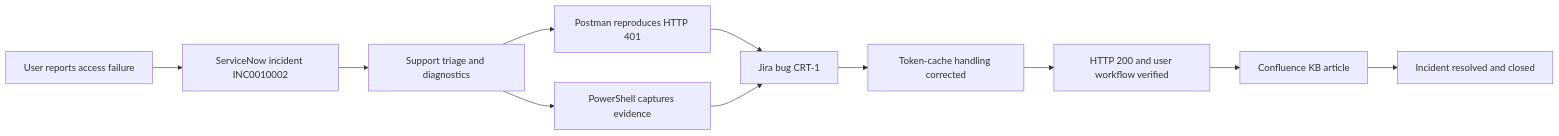
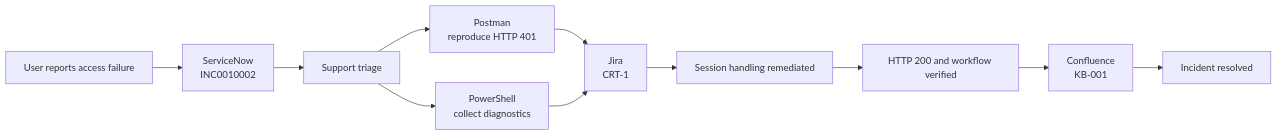
Before and after one commit to ShivamP63/enterprise-it-operations-simulation: the diagram in README.md, drawn with Mermaid. The commit also changed other lines of this file and 7 other files, not shown here.

````diff
--- a/README.md
+++ b/README.md
@@ -13,13 +38,13 @@
 ```mermaid
 flowchart LR
-    U[User reports access failure] --> S[ServiceNow incident INC0010002]
-    S --> D[Support triage and diagnostics]
-    D --> P[Postman reproduces HTTP 401]
-    D --> PS[PowerShell captures evidence]
-    P --> J[Jira bug CRT-1]
+    U[User reports access failure] --> S[ServiceNow<br/>INC0010002]
+    S --> T[Support triage]
+    T --> P[Postman<br/>reproduce HTTP 401]
+    T --> PS[PowerShell<br/>collect diagnostics]
+    P --> J[Jira<br/>CRT-1]
     PS --> J
-    J --> F[Token-cache handling corrected]
-    F --> V[HTTP 200 and user workflow verified]
-    V --> K[Confluence KB article]
-    K --> C[Incident resolved and closed]
+    J --> R[Session handling remediated]
+    R --> V[HTTP 200 and workflow verified]
+    V --> K[Confluence<br/>KB-001]
+    K --> C[Incident resolved]
 ```
````
